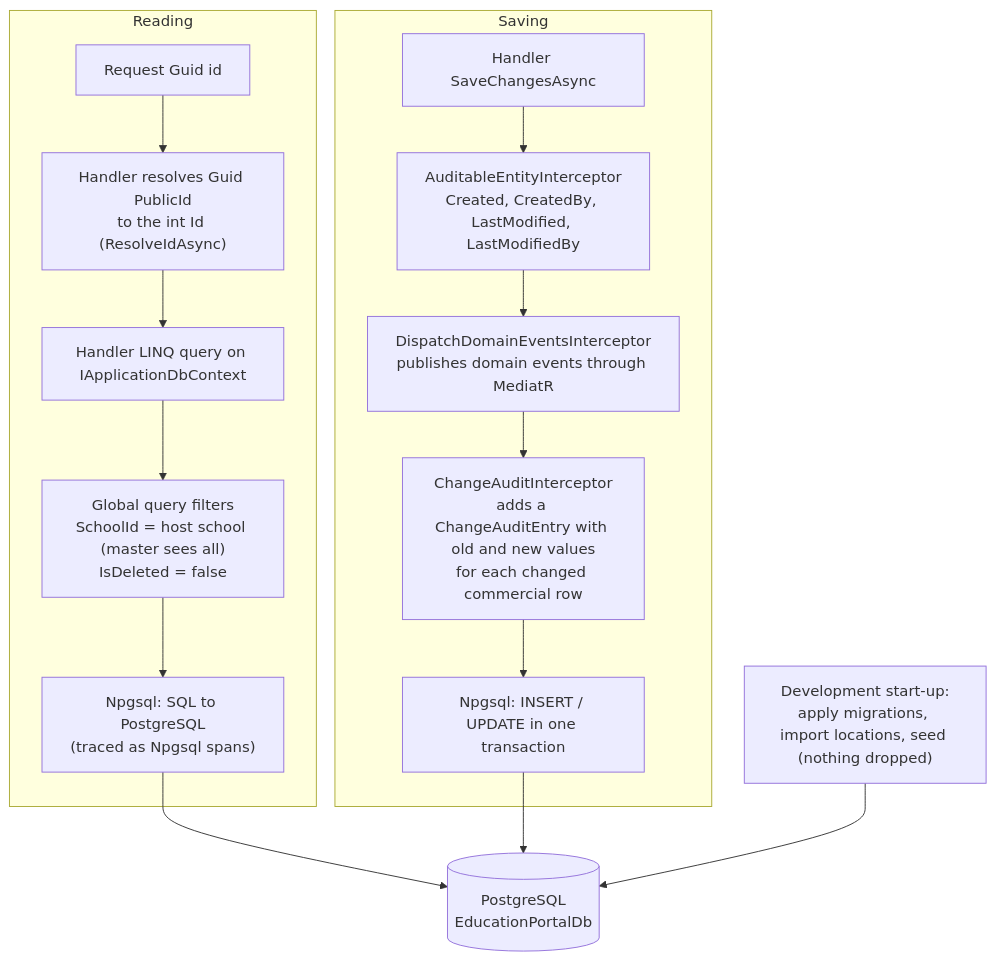
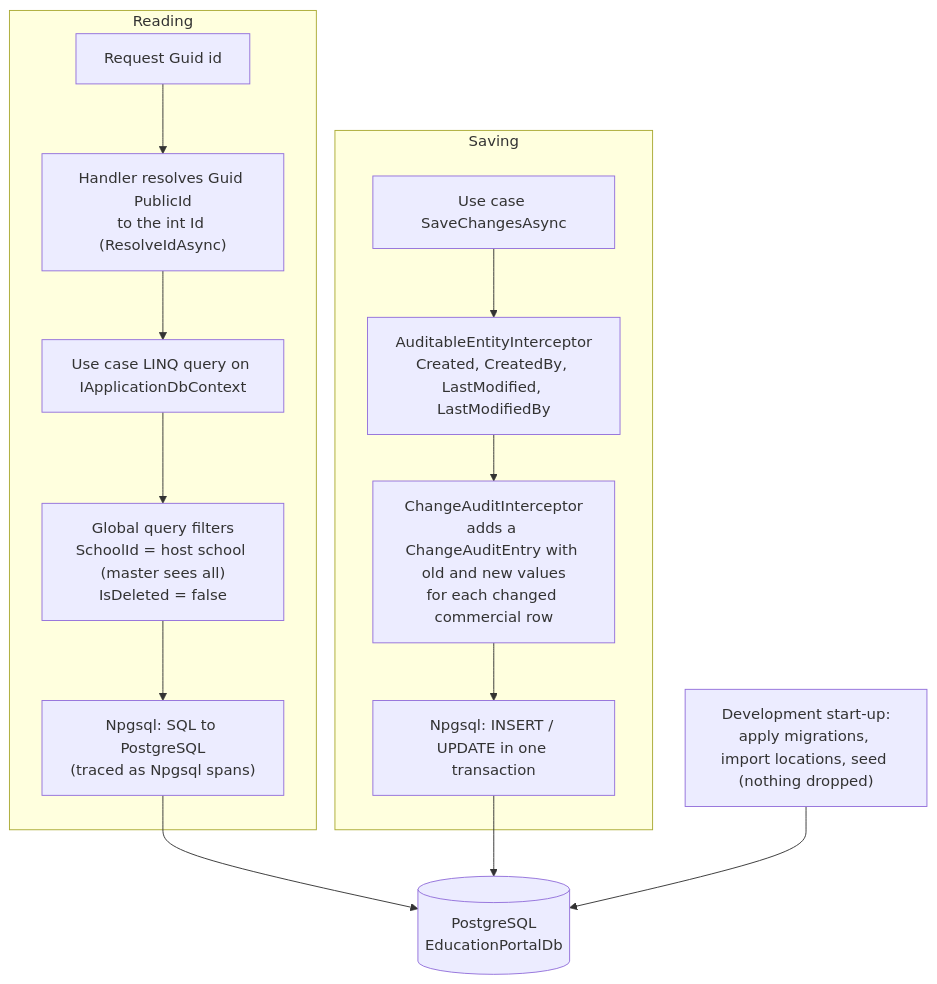
Before and after one commit to ahmedshahjr/Education-Portal: diagram 13 of 22 in README.md, drawn with Mermaid. The commit also changed other lines of this file and 409 other files, not shown here.

````diff
--- a/README.md
+++ b/README.md
@@ -708,18 +710,17 @@
 ```mermaid
 flowchart TB
     subgraph read["Reading"]
         guid["Request Guid id"] --> resolve["Handler resolves Guid PublicId<br/>to the int Id (ResolveIdAsync)"]
         resolve --> q
-        q["Handler LINQ query on IApplicationDbContext"] --> filters["Global query filters<br/>SchoolId = host school (master sees all)<br/>IsDeleted = false"]
+        q["Use case LINQ query on IApplicationDbContext"] --> filters["Global query filters<br/>SchoolId = host school (master sees all)<br/>IsDeleted = false"]
         filters --> npgsqlR["Npgsql: SQL to PostgreSQL<br/>(traced as Npgsql spans)"]
     end
     subgraph write["Saving"]
-        s["Handler SaveChangesAsync"] --> audit["AuditableEntityInterceptor<br/>Created, CreatedBy, LastModified, LastModifiedBy"]
-        audit --> events["DispatchDomainEventsInterceptor<br/>publishes domain events through MediatR"]
-        events --> changes["ChangeAuditInterceptor<br/>adds a ChangeAuditEntry with old and new values<br/>for each changed commercial row"]
+        s["Use case SaveChangesAsync"] --> audit["AuditableEntityInterceptor<br/>Created, CreatedBy, LastModified, LastModifiedBy"]
+        audit --> changes["ChangeAuditInterceptor<br/>adds a ChangeAuditEntry with old and new values<br/>for each changed commercial row"]
         changes --> npgsqlW["Npgsql: INSERT / UPDATE in one transaction"]
     end
     npgsqlR --> pg[("PostgreSQL<br/>EducationPortalDb")]
     npgsqlW --> pg
     init["Development start-up:<br/>apply migrations, import locations, seed (nothing dropped)"] --> pg
 ```
````
